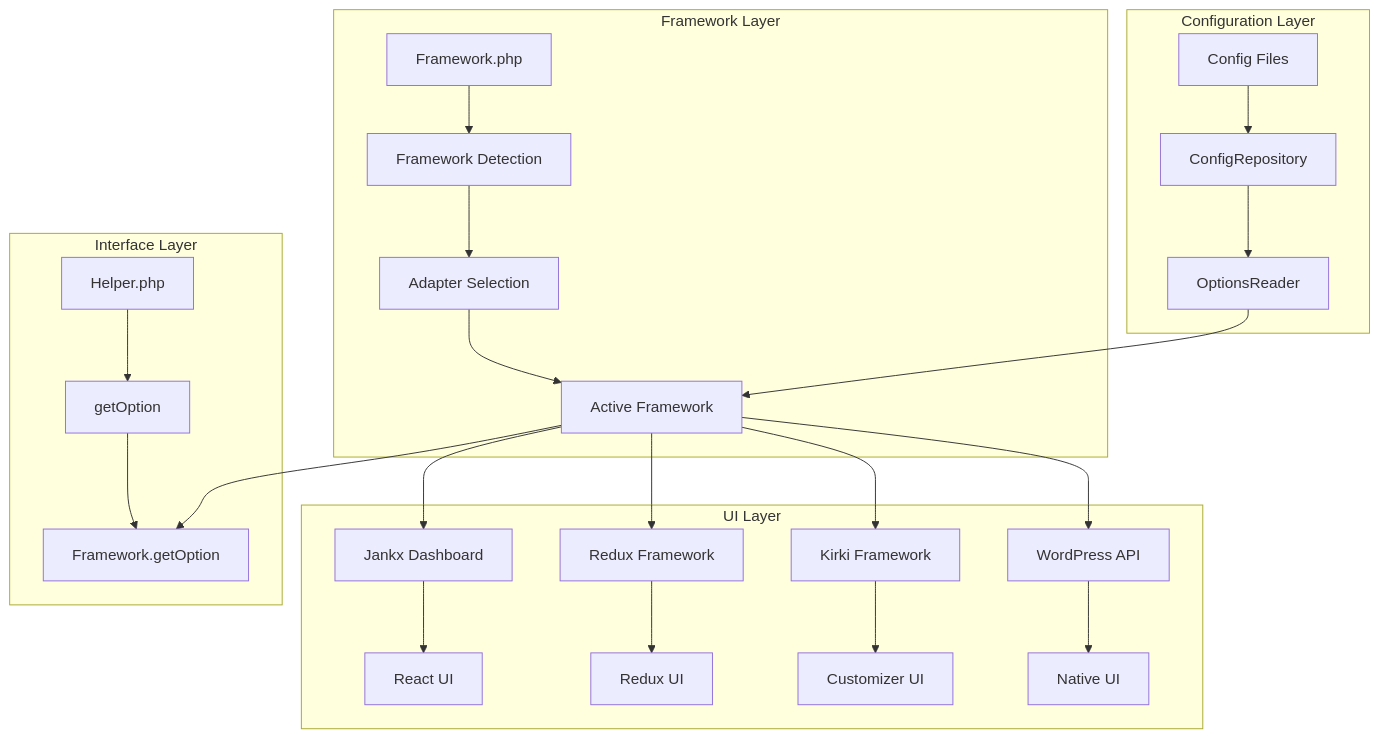
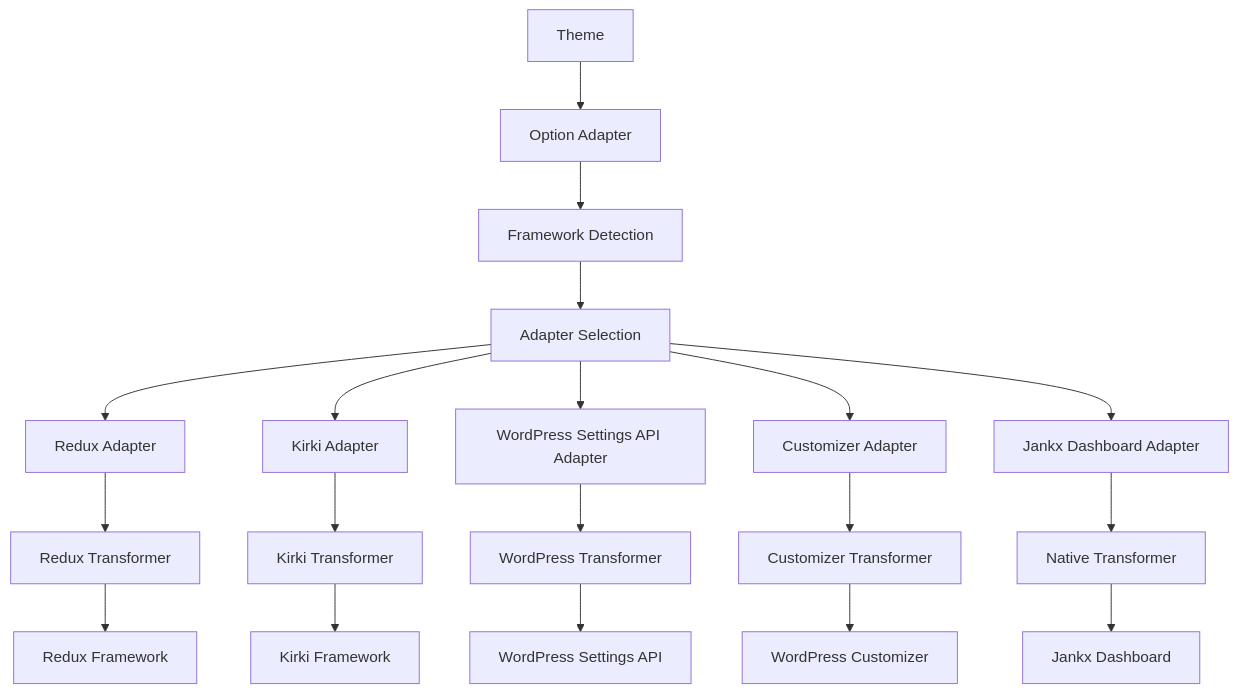
One commit to jankx/option-adapter changed the diagram in README.md. Above: the diagram before and after it, drawn with Mermaid. The commit also changed other lines of this file, not shown here.

````diff
--- a/README.md
+++ b/README.md
@@ -109,33 +11,23 @@
 ```mermaid
-graph TB
-    subgraph "Configuration Layer"
-        A[Config Files] --> B[ConfigRepository]
-        B --> C[OptionsReader]
-    end
+graph TD
+    A[Theme] --> B[Option Adapter]
+    B --> C[Framework Detection]
+    C --> D[Adapter Selection]
+    D --> E[Redux Adapter]
+    D --> F[Kirki Adapter]
+    D --> G[WordPress Settings API Adapter]
+    D --> H[Customizer Adapter]
+    D --> I[Jankx Dashboard Adapter]
 
-    subgraph "Framework Layer"
-        D[Framework.php] --> E[Framework Detection]
-        E --> F[Adapter Selection]
-        F --> G[Active Framework]
-    end
+    E --> J[Redux Transformer]
+    F --> K[Kirki Transformer]
+    G --> L[WordPress Transformer]
+    H --> M[Customizer Transformer]
+    I --> N[Native Transformer]
 
-    subgraph "Interface Layer"
-        H[Helper.php] --> I[getOption]
-        I --> J[Framework.getOption]
-    end
-
-    C --> G
-    G --> J
-
-    subgraph "UI Layer"
-        K[Jankx Dashboard] --> L[React UI]
-        M[Redux Framework] --> N[Redux UI]
-        O[Kirki Framework] --> P[Customizer UI]
-        Q[WordPress API] --> R[Native UI]
-    end
-
-    G --> K
-    G --> M
-    G --> O
-    G --> Q
+    J --> O[Redux Framework]
+    K --> P[Kirki Framework]
+    L --> Q[WordPress Settings API]
+    M --> R[WordPress Customizer]
+    N --> S[Jankx Dashboard]
 ```
````
